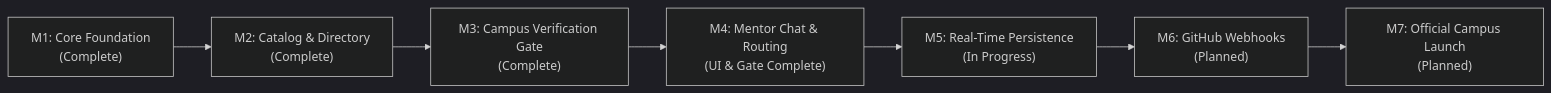
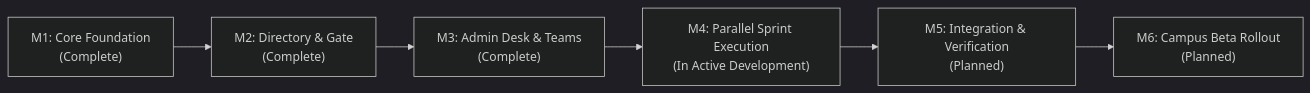
The second of 2 diagrams in docs/DEVELOPMENT_ROADMAP.md (ankitpandey1900/BuildLab_By-I2IT), drawn with Mermaid (dark theme) before and after one commit. The commit also changed other lines of this file and 4 other files, not shown here.

Commit message:
docs: update engineering roadmap with team tracks and fix mermaid syntax across docs

````diff
--- a/docs/DEVELOPMENT_ROADMAP.md
+++ b/docs/DEVELOPMENT_ROADMAP.md
@@ -142,9 +509,8 @@
 ```mermaid
 flowchart LR
-    M1["M1: Core Foundation<br/>(Complete)"] --> M2["M2: Catalog & Directory<br/>(Complete)"]
-    M2 --> M3["M3: Campus Verification Gate<br/>(Complete)"]
-    M3 --> M4["M4: Mentor Chat & Routing<br/>(UI & Gate Complete)"]
-    M4 --> M5["M5: Real-Time Persistence<br/>(In Progress)"]
-    M5 --> M6["M6: GitHub Webhooks<br/>(Planned)"]
-    M6 --> M7["M7: Official Campus Launch<br/>(Planned)"]
+    M1["M1: Core Foundation<br/>(Complete)"] --> M2["M2: Directory & Gate<br/>(Complete)"]
+    M2 --> M3["M3: Admin Desk & Teams<br/>(Complete)"]
+    M3 --> M4["M4: Parallel Sprint Execution<br/>(In Active Development)"]
+    M4 --> M5["M5: Integration & Verification<br/>(Planned)"]
+    M5 --> M6["M6: Campus Beta Rollout<br/>(Planned)"]
 ```
````
